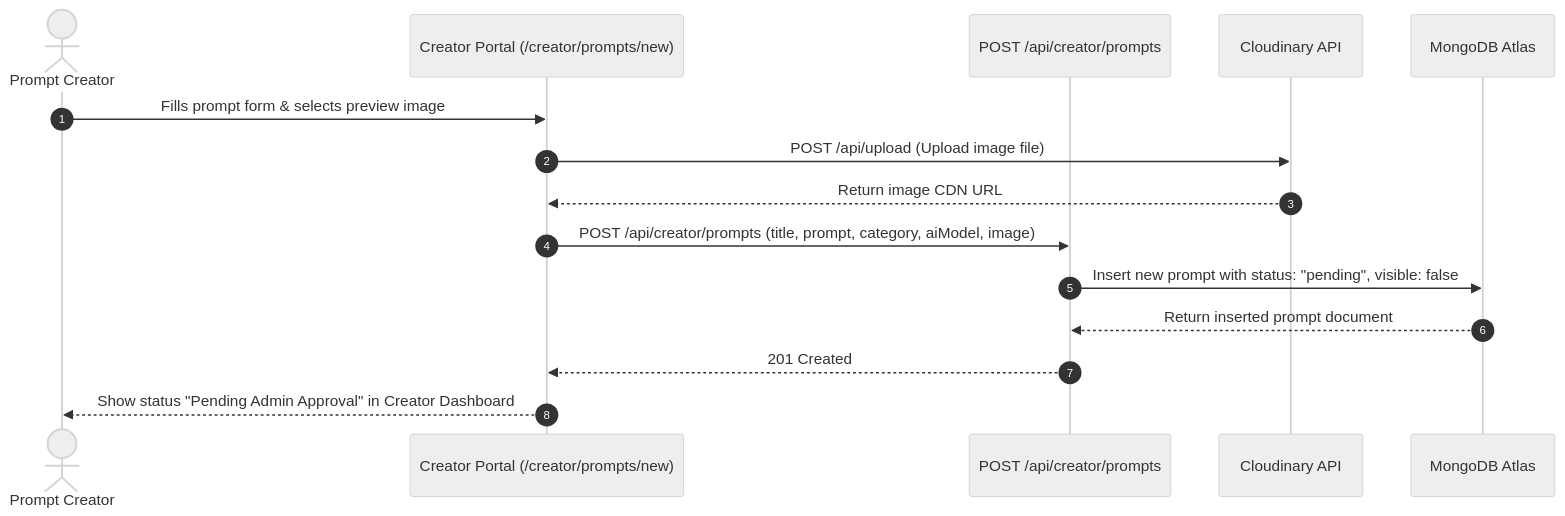
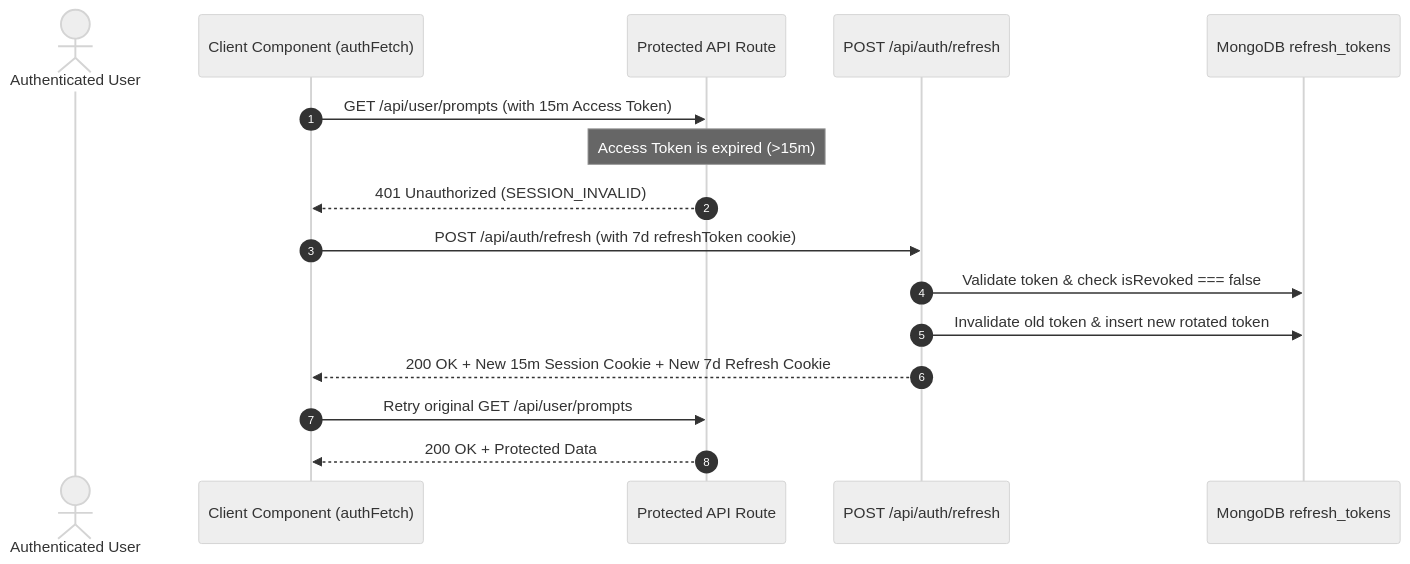
One commit to Usmankhalid20/trending-Prompt- changed the second of 2 diagrams in docs/03-components-and-features.md. Above: the diagram before and after it, drawn with Mermaid (neutral theme). The commit also changed other lines of this file and 5 other files, not shown here.

Commit message:
docs: update technical documentation covering dual-token auth, landing revamp, and architecture

````diff
--- a/docs/03-components-and-features.md
+++ b/docs/03-components-and-features.md
@@ -91,18 +129,19 @@
 ```mermaid
 sequenceDiagram
     autonumber
-    actor Creator as Prompt Creator
-    participant UI as Creator Portal (/creator/prompts/new)
-    participant API as POST /api/creator/prompts
-    participant Cloud as Cloudinary API
-    participant DB as MongoDB Atlas
+    actor User as Authenticated User
+    participant Client as Client Component (authFetch)
+    participant API as Protected API Route
+    participant RefreshAPI as POST /api/auth/refresh
+    participant DB as MongoDB refresh_tokens
 
-    Creator->>UI: Fills prompt form & selects preview image
-    UI->>Cloud: POST /api/upload (Upload image file)
-    Cloud-->>UI: Return image CDN URL
-    UI->>API: POST /api/creator/prompts (title, prompt, category, aiModel, image)
-    API->>DB: Insert new prompt with status: "pending", visible: false
-    DB-->>API: Return inserted prompt document
-    API-->>UI: 201 Created
-    UI-->>Creator: Show status "Pending Admin Approval" in Creator Dashboard
+    Client->>API: GET /api/user/prompts (with 15m Access Token)
+    Note over API: Access Token is expired (>15m)
+    API-->>Client: 401 Unauthorized (SESSION_INVALID)
+    Client->>RefreshAPI: POST /api/auth/refresh (with 7d refreshToken cookie)
+    RefreshAPI->>DB: Validate token & check isRevoked === false
+    RefreshAPI->>DB: Invalidate old token & insert new rotated token
+    RefreshAPI-->>Client: 200 OK + New 15m Session Cookie + New 7d Refresh Cookie
+    Client->>API: Retry original GET /api/user/prompts
+    API-->>Client: 200 OK + Protected Data
 ```
````
